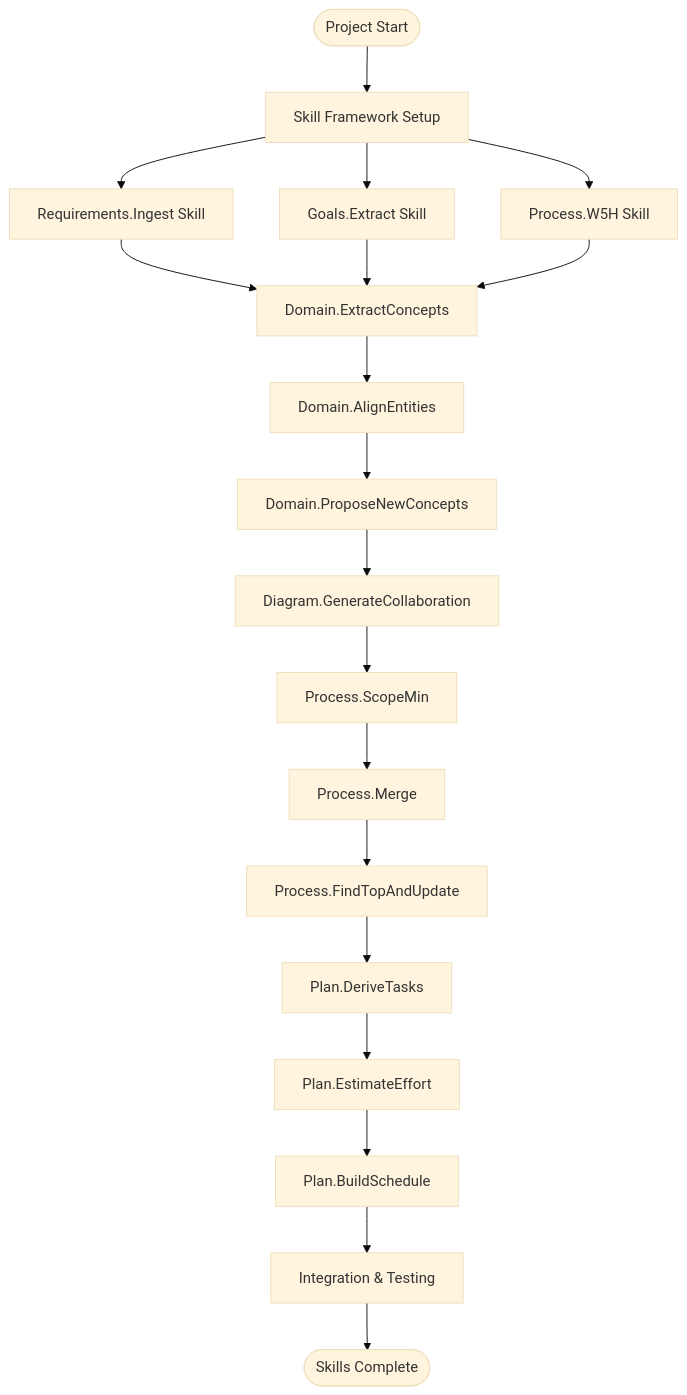
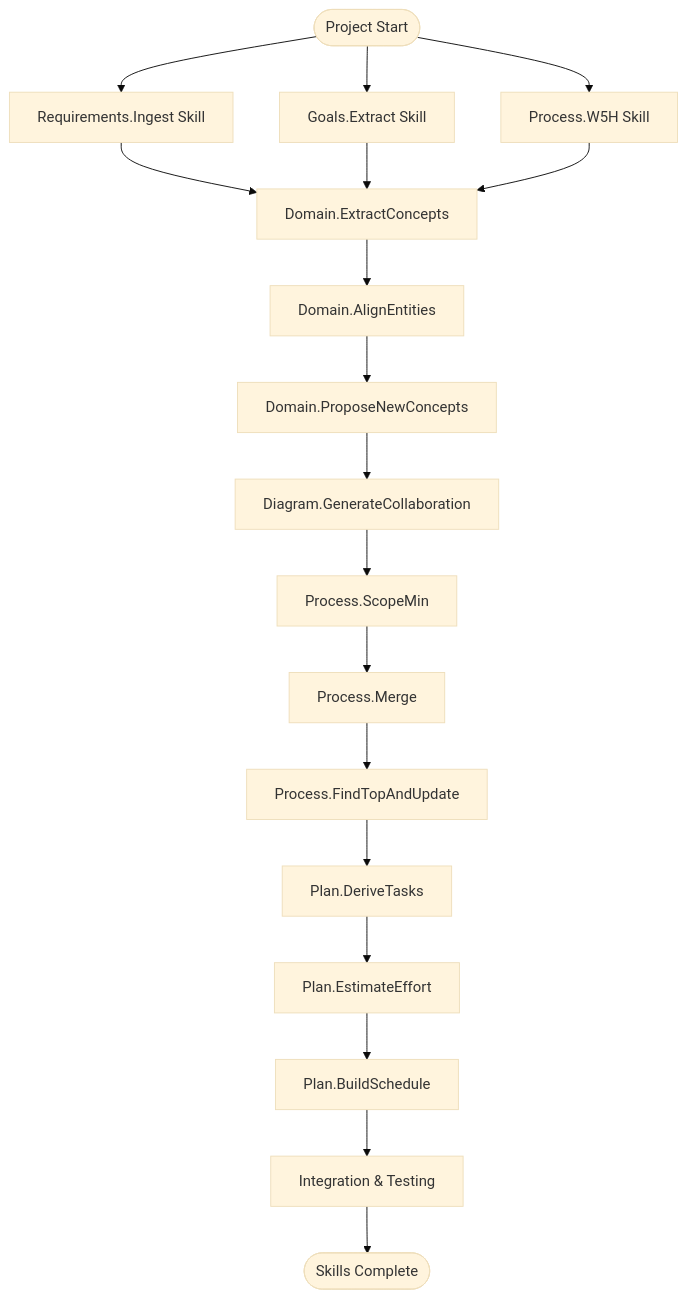
Before and after one commit to zhongadamwang/AI_Slowcooker: the diagram in OrgDocument/projects/01 - Building Skills/project-plan.md, drawn with Mermaid (base theme). The commit also changed other lines of this file and 4 other files, not shown here.

````diff
--- a/OrgDocument/projects/01 - Building Skills/project-plan.md
+++ b/OrgDocument/projects/01 - Building Skills/project-plan.md
@@ -40,21 +40,20 @@
 ```mermaid
 graph TD
-    Start([Project Start]) --> T1[Skill Framework Setup]
-    T1 --> T2[Requirements.Ingest Skill]
-    T1 --> T3[Goals.Extract Skill]
-    T1 --> T4[Process.W5H Skill]
+    Start([Project Start]) --> T2[Requirements.Ingest Skill]
+    Start --> T3[Goals.Extract Skill]
+    Start --> T4[Process.W5H Skill]
     T2 --> T5[Domain.ExtractConcepts]
     T3 --> T5
     T4 --> T5
     T5 --> T6[Domain.AlignEntities]
     T6 --> T7[Domain.ProposeNewConcepts]
     T7 --> T8[Diagram.GenerateCollaboration]
     T8 --> T9[Process.ScopeMin]
     T9 --> T10[Process.Merge]
     T10 --> T11[Process.FindTopAndUpdate]
     T11 --> T12[Plan.DeriveTasks]
     T12 --> T13[Plan.EstimateEffort]
     T13 --> T14[Plan.BuildSchedule]
     T14 --> T15[Integration & Testing]
     T15 --> End([Skills Complete])
 ```
````
